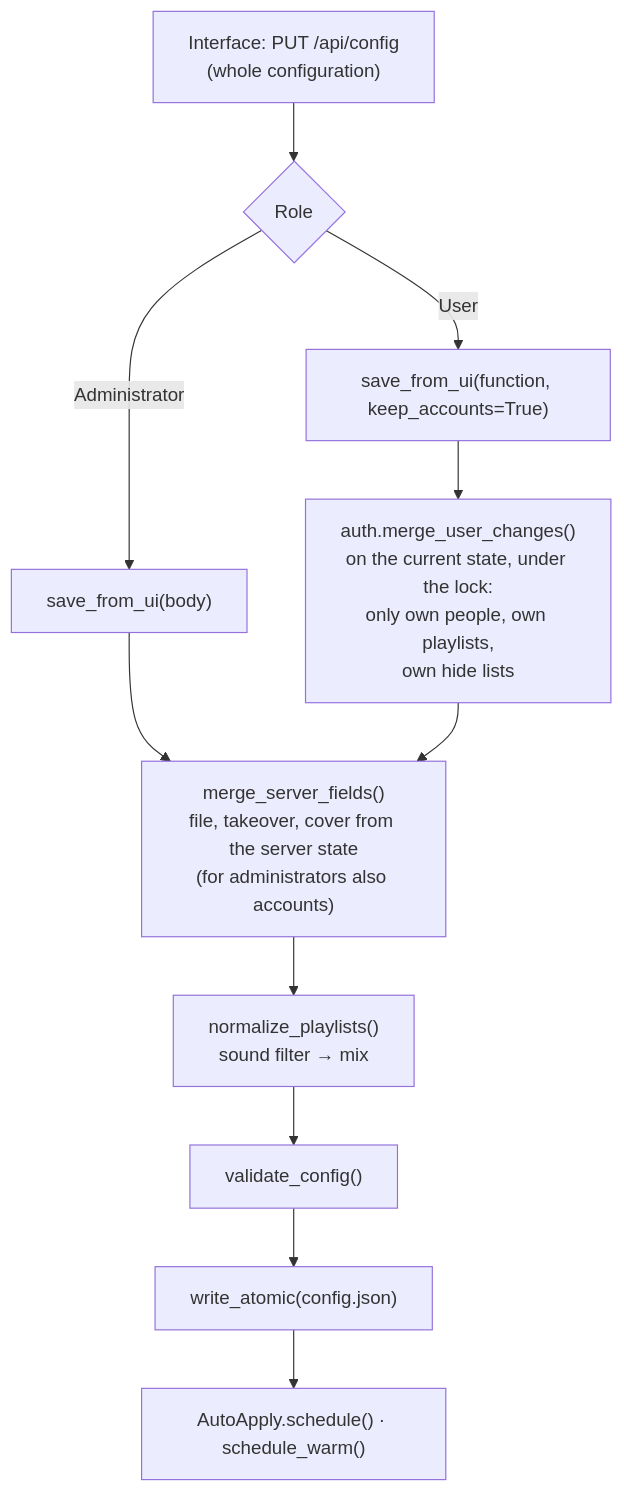
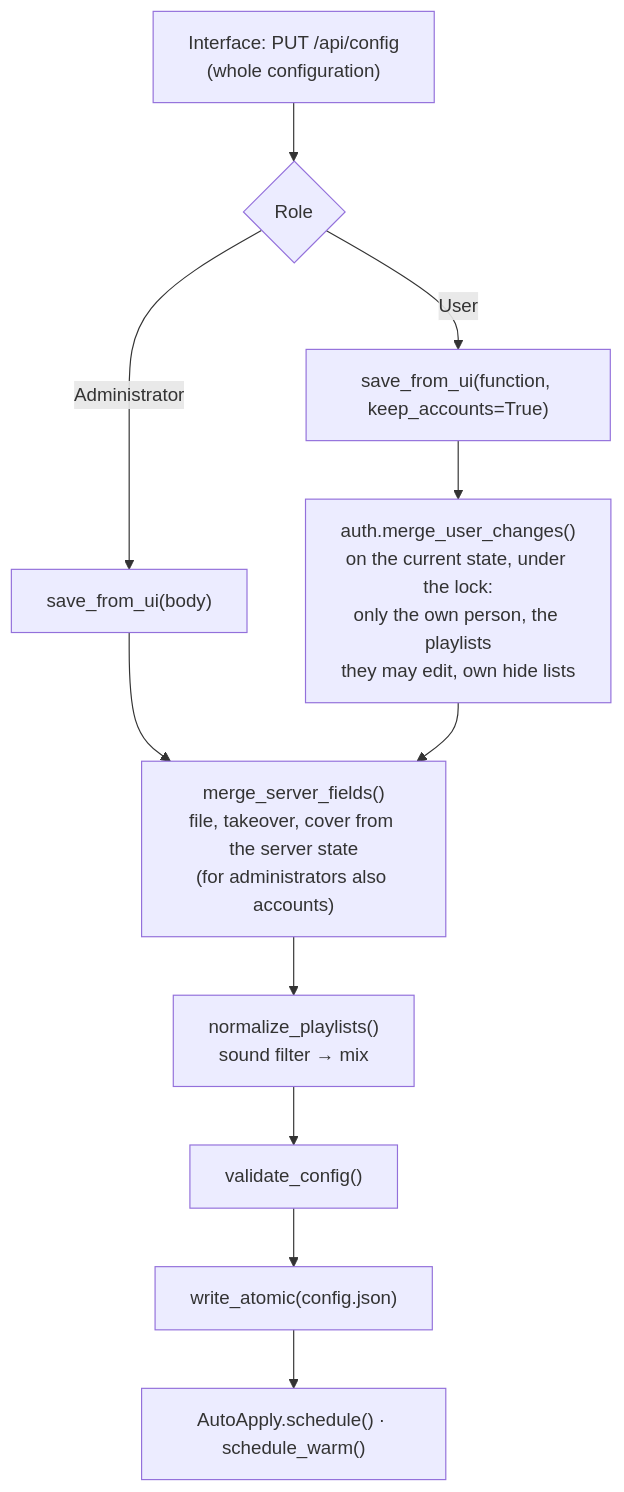
One commit to seluce/Tuttiphon changed the diagram in docs/02-data-model.md. Above: the diagram before and after it, drawn with Mermaid. The commit also changed other lines of this file and 198 other files, not shown here.

````diff
--- a/docs/02-data-model.md
+++ b/docs/02-data-model.md
@@ -589,12 +611,12 @@
 ```mermaid
 flowchart TD
   UI["Interface: PUT /api/config<br/>(whole configuration)"] --> R{Role}
   R -- Administrator --> A["save_from_ui(body)"]
   R -- User --> A2["save_from_ui(function, keep_accounts=True)"]
-  A2 --> U["auth.merge_user_changes()<br/>on the current state, under the lock:<br/>only own people, own playlists,<br/>own hide lists"]
+  A2 --> U["auth.merge_user_changes()<br/>on the current state, under the lock:<br/>only the own person, the playlists<br/>they may edit, own hide lists"]
   A --> M["merge_server_fields()<br/>file, takeover, cover from the server state<br/>(for administrators also accounts)"]
   U --> M
   M --> NP["normalize_playlists()<br/>sound filter → mix"]
   NP --> V["validate_config()"] --> W["write_atomic(config.json)"]
   W --> N["AutoApply.schedule() · schedule_warm()"]
 ```
````
